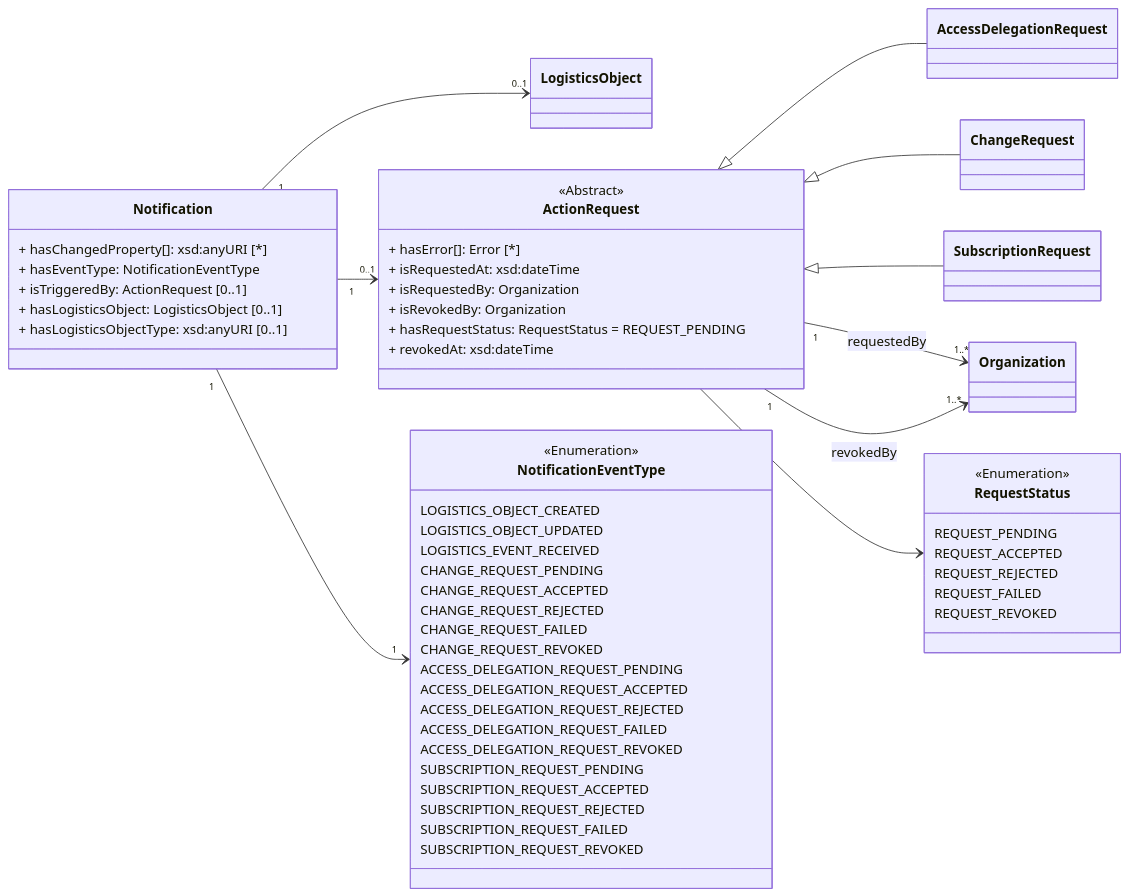
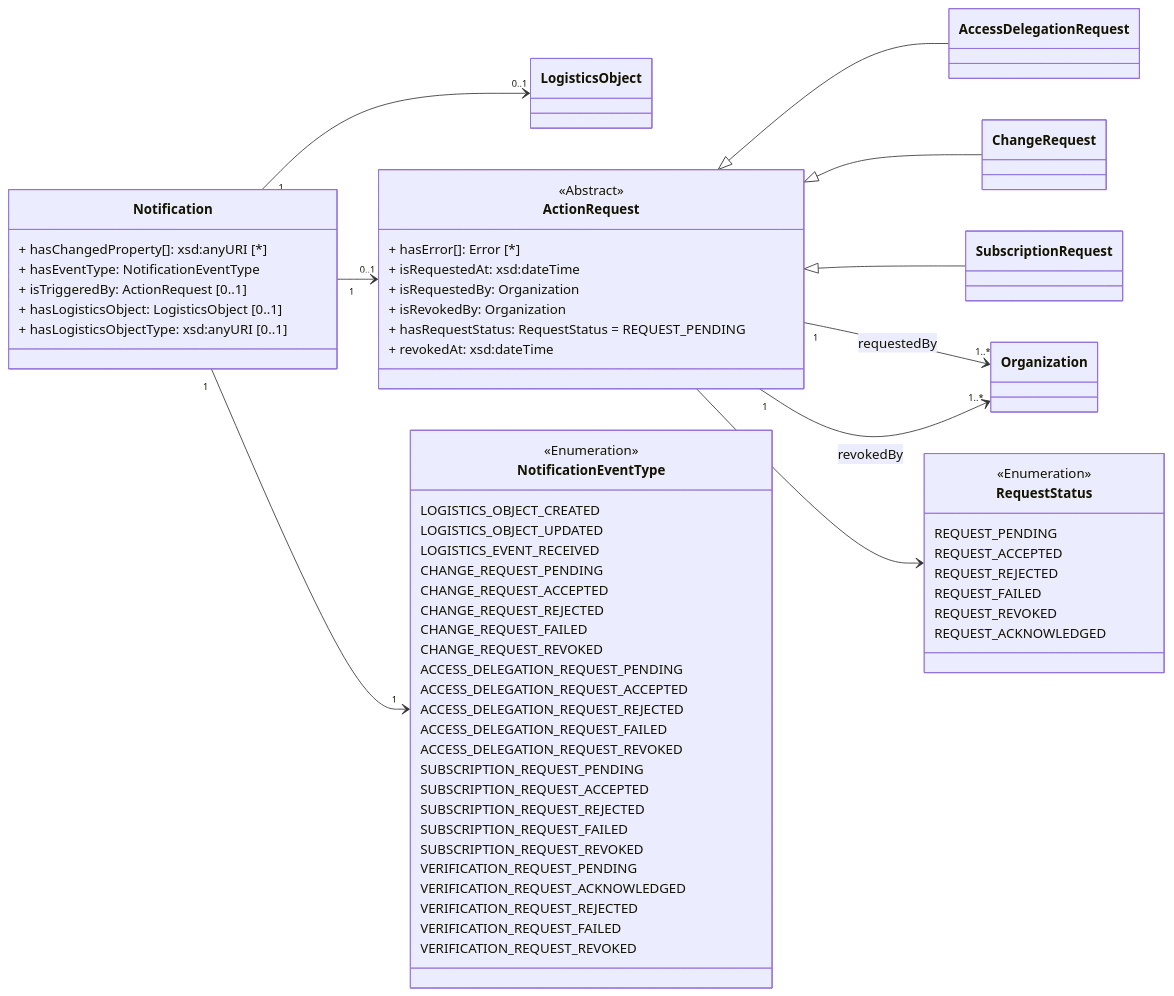
One commit to IATA-Cargo/ONE-Record changed the diagram in Documentation_website/docs/API-Security/notifications.md. Above: the diagram before and after it, drawn with Mermaid. The commit also changed 3 other files, not shown here.

````diff
--- a/Documentation_website/docs/API-Security/notifications.md
+++ b/Documentation_website/docs/API-Security/notifications.md
@@ -25,75 +25,82 @@
 ```mermaid
     classDiagram
 
     direction LR   
 
     class LogisticsObject{                
     }
 
     class Organization{        
     }  
 
     class ActionRequest {
         <<Abstract>>         
         + hasError[]: Error [*]
         + isRequestedAt: xsd:dateTime         
         + isRequestedBy: Organization            
         + isRevokedBy: Organization 
         + hasRequestStatus: RequestStatus = REQUEST_PENDING
         + revokedAt: xsd:dateTime                 
     }
     ActionRequest <|-- AccessDelegationRequest
     ActionRequest <|-- ChangeRequest
     ActionRequest <|-- SubscriptionRequest
 
     ActionRequest "1" --> "1..*" Organization : requestedBy    
     ActionRequest --> RequestStatus                
     ActionRequest "1" --> "1..*" Organization : revokedBy
 
     class Notification{
         + hasChangedProperty[]: xsd:anyURI [*]        
         + hasEventType: NotificationEventType
         + isTriggeredBy: ActionRequest [0..1]  
         + hasLogisticsObject: LogisticsObject [0..1]
         + hasLogisticsObjectType: xsd:anyURI [0..1]     
     }
     Notification "1"--> "0..1" LogisticsObject
     Notification "1" --> "1" NotificationEventType
     Notification "1" --> "0..1" ActionRequest  
 
     class NotificationEventType{
         <<Enumeration>>
         LOGISTICS_OBJECT_CREATED
         LOGISTICS_OBJECT_UPDATED
 
         LOGISTICS_EVENT_RECEIVED
 
         CHANGE_REQUEST_PENDING
         CHANGE_REQUEST_ACCEPTED                
         CHANGE_REQUEST_REJECTED
         CHANGE_REQUEST_FAILED        
         CHANGE_REQUEST_REVOKED
         
 
         ACCESS_DELEGATION_REQUEST_PENDING
         ACCESS_DELEGATION_REQUEST_ACCEPTED                
         ACCESS_DELEGATION_REQUEST_REJECTED
         ACCESS_DELEGATION_REQUEST_FAILED
         ACCESS_DELEGATION_REQUEST_REVOKED
 
         SUBSCRIPTION_REQUEST_PENDING
         SUBSCRIPTION_REQUEST_ACCEPTED                
         SUBSCRIPTION_REQUEST_REJECTED
         SUBSCRIPTION_REQUEST_FAILED
         SUBSCRIPTION_REQUEST_REVOKED
+
+        VERIFICATION_REQUEST_PENDING
+        VERIFICATION_REQUEST_ACKNOWLEDGED
+        VERIFICATION_REQUEST_REJECTED
+        VERIFICATION_REQUEST_FAILED
+        VERIFICATION_REQUEST_REVOKED
     }
 
     class RequestStatus{
         <<Enumeration>>
         REQUEST_PENDING
         REQUEST_ACCEPTED
         REQUEST_REJECTED
         REQUEST_FAILED
-        REQUEST_REVOKED        
+        REQUEST_REVOKED  
+        REQUEST_ACKNOWLEDGED       
     }
 ```
````
